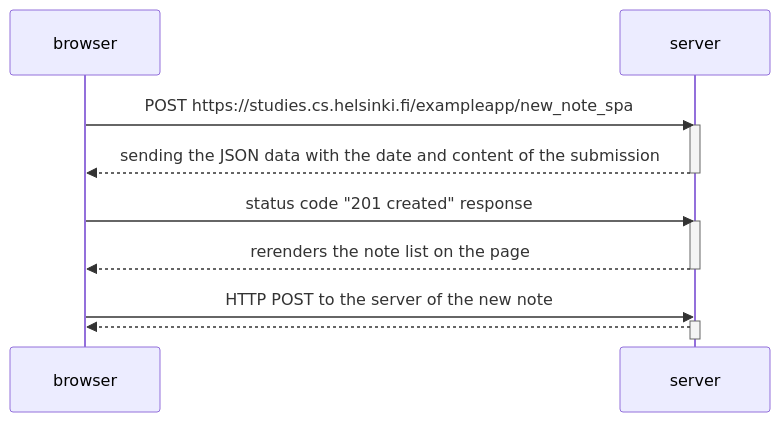
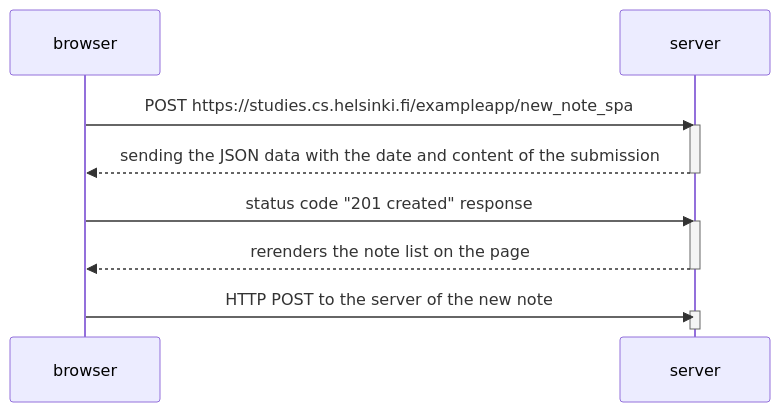
One commit to TheNushu/FullstackOpen changed the diagram in ex 6.md. Above: the diagram before and after it, drawn with Mermaid.

Commit message:
Update ex 6.md

````diff
--- a/ex 6.md
+++ b/ex 6.md
@@ -1,21 +1,20 @@
 ```mermaid
 sequenceDiagram
     participant browser
     participant server
 
     browser->>server: POST https://studies.cs.helsinki.fi/exampleapp/new_note_spa
     activate server
     server-->>browser: sending the JSON data with the date and content of the submission
     deactivate server
 
     browser->>server: status code "201 created" response
     activate server
     server-->>browser: rerenders the note list on the page
     deactivate server
 
 
     browser->>server:  HTTP POST to the server of the new note
     activate server
-    server-->>browser: 
     deactivate server
 ```
````
